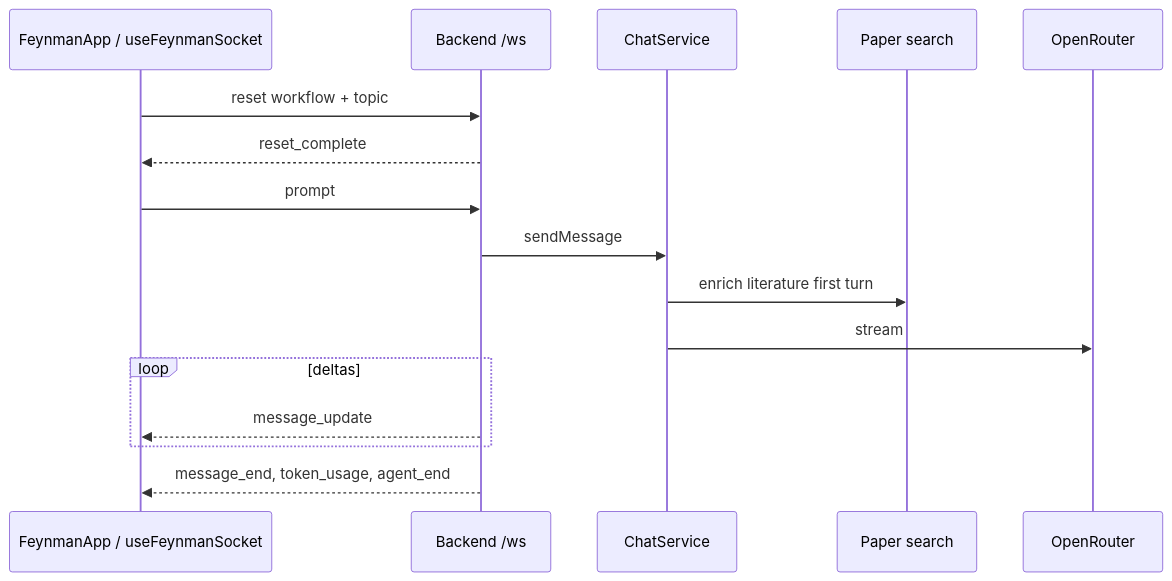
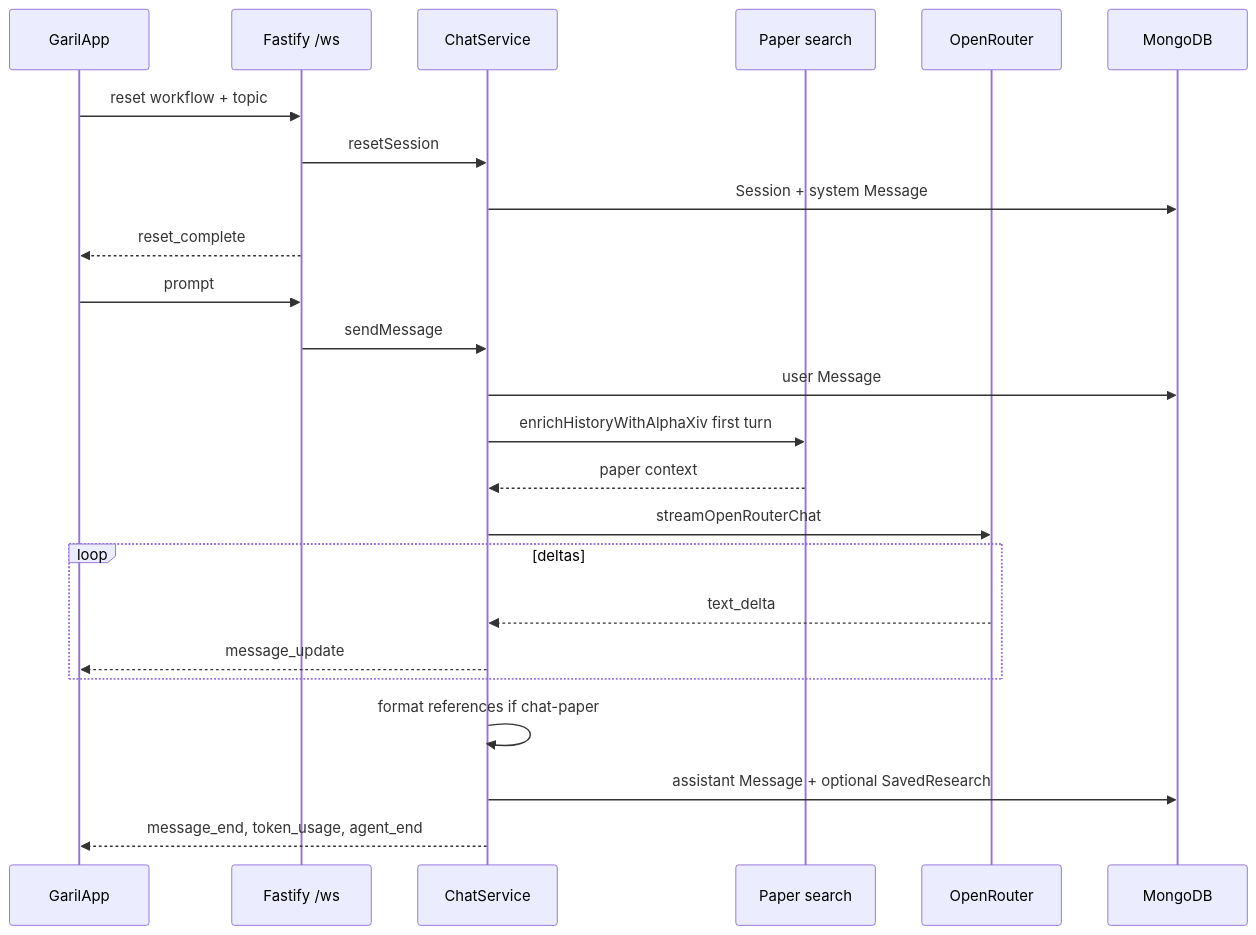
Before and after one commit to pchukwuemeka424/Garilai-FrontEnd: the fourth of 6 diagrams in PROJECT_WORKFLOW.md, drawn with Mermaid. The commit also changed other lines of this file and 360 other files, not shown here.

````diff
--- a/PROJECT_WORKFLOW.md
+++ b/PROJECT_WORKFLOW.md
@@ -91,19 +88,27 @@
 ```mermaid
 sequenceDiagram
-  participant UI as FeynmanApp / useFeynmanSocket
-  participant WS as Backend /ws
+  participant UI as GarilApp
+  participant WS as Fastify /ws
   participant Chat as ChatService
   participant Lit as Paper search
   participant LLM as OpenRouter
+  participant DB as MongoDB
 
   UI->>WS: reset workflow + topic
+  WS->>Chat: resetSession
+  Chat->>DB: Session + system Message
   WS-->>UI: reset_complete
   UI->>WS: prompt
   WS->>Chat: sendMessage
-  Chat->>Lit: enrich literature first turn
-  Chat->>LLM: stream
+  Chat->>DB: user Message
+  Chat->>Lit: enrichHistoryWithAlphaXiv first turn
+  Lit-->>Chat: paper context
+  Chat->>LLM: streamOpenRouterChat
   loop deltas
-    WS-->>UI: message_update
+    LLM-->>Chat: text_delta
+    Chat-->>UI: message_update
   end
-  WS-->>UI: message_end, token_usage, agent_end
+  Chat->>Chat: format references if chat-paper
+  Chat->>DB: assistant Message + optional SavedResearch
+  Chat-->>UI: message_end, token_usage, agent_end
 ```
````
